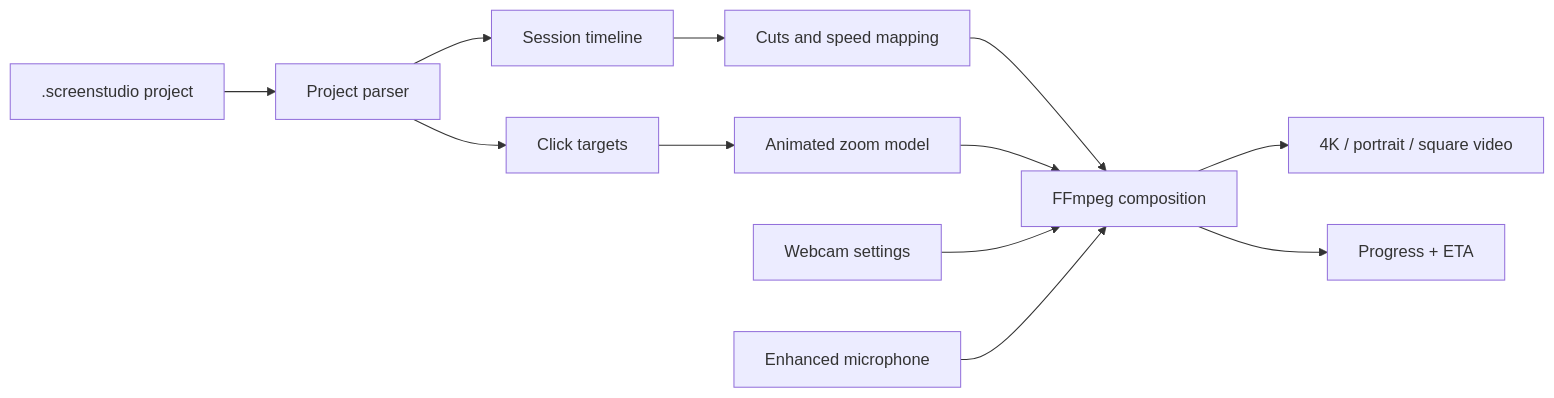
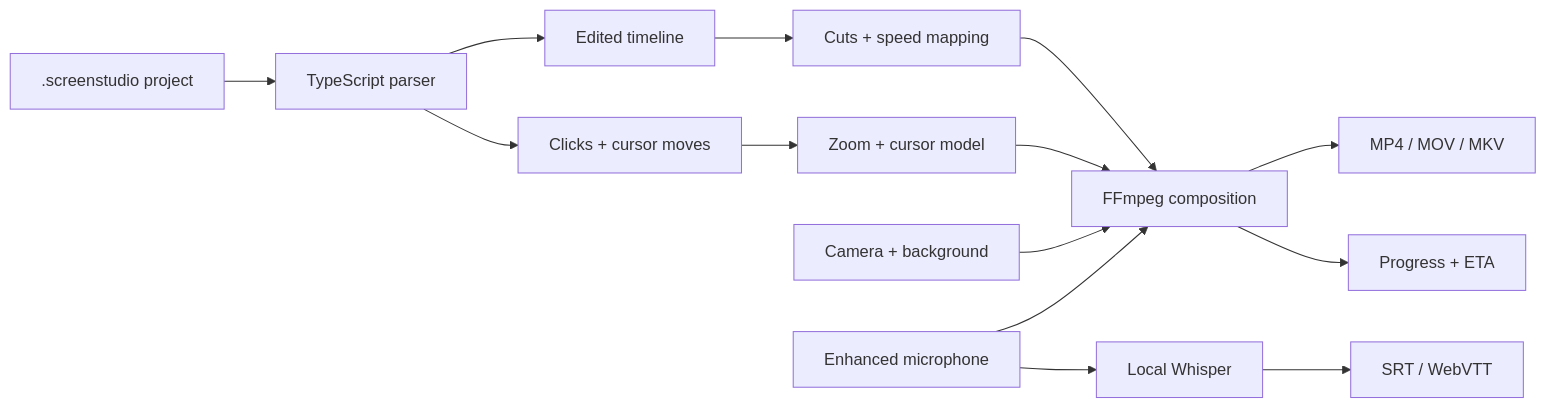
One commit to pkarw/screenstudio-source-renderer changed the diagram in README.md. Above: the diagram before and after it, drawn with Mermaid. The commit also changed other lines of this file and 31 other files, not shown here.

Commit message:
feat(renderer): add TypeScript camera cursor and subtitles (#1)

````diff
--- a/README.md
+++ b/README.md
@@ -109,14 +275,16 @@
 ```mermaid
 flowchart LR
-  A[.screenstudio project] --> B[Project parser]
-  B --> C[Session timeline]
-  B --> D[Click targets]
-  C --> E[Cuts and speed mapping]
-  D --> F[Animated zoom model]
+  A[.screenstudio project] --> B[TypeScript parser]
+  B --> C[Edited timeline]
+  B --> D[Clicks + cursor moves]
+  C --> E[Cuts + speed mapping]
+  D --> F[Zoom + cursor model]
   E --> G[FFmpeg composition]
   F --> G
-  H[Webcam settings] --> G
+  H[Camera + background] --> G
   I[Enhanced microphone] --> G
-  G --> J[4K / portrait / square video]
+  I --> W[Local Whisper]
+  G --> J[MP4 / MOV / MKV]
   G --> K[Progress + ETA]
+  W --> L[SRT / WebVTT]
 ```
````
